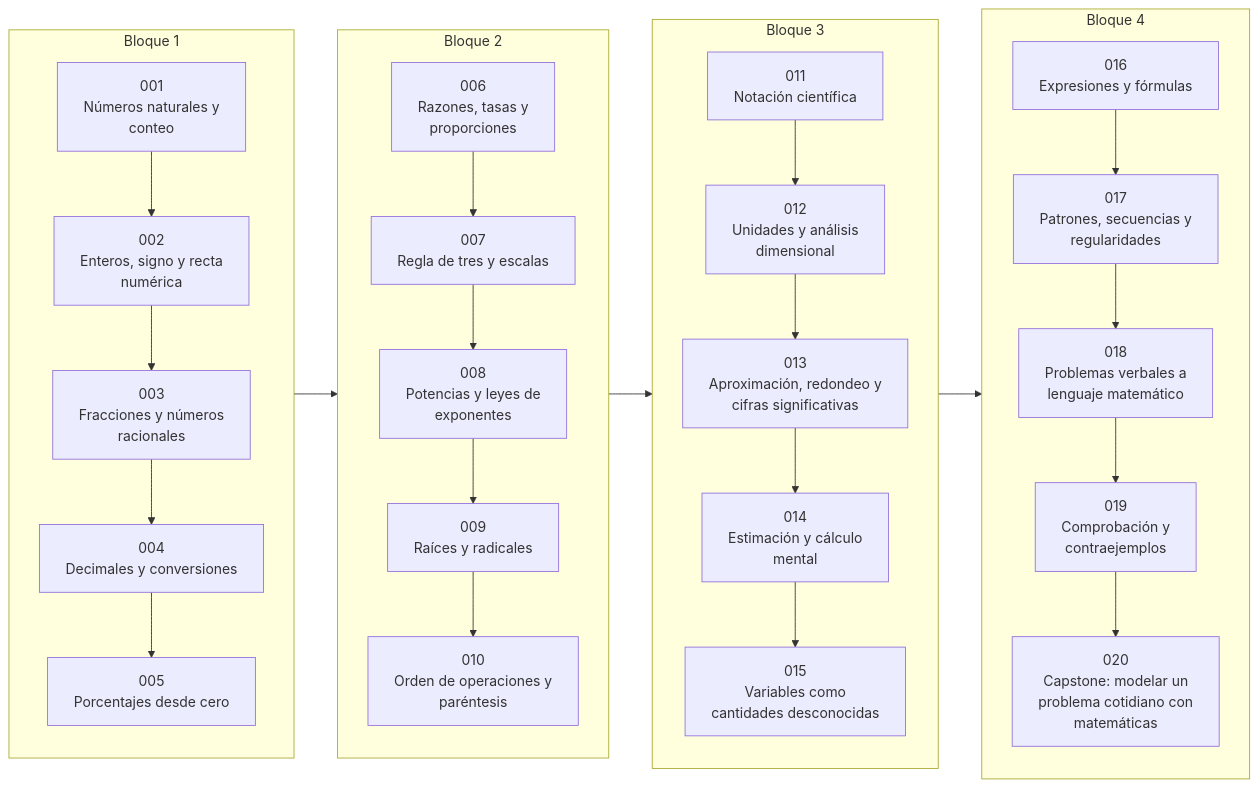
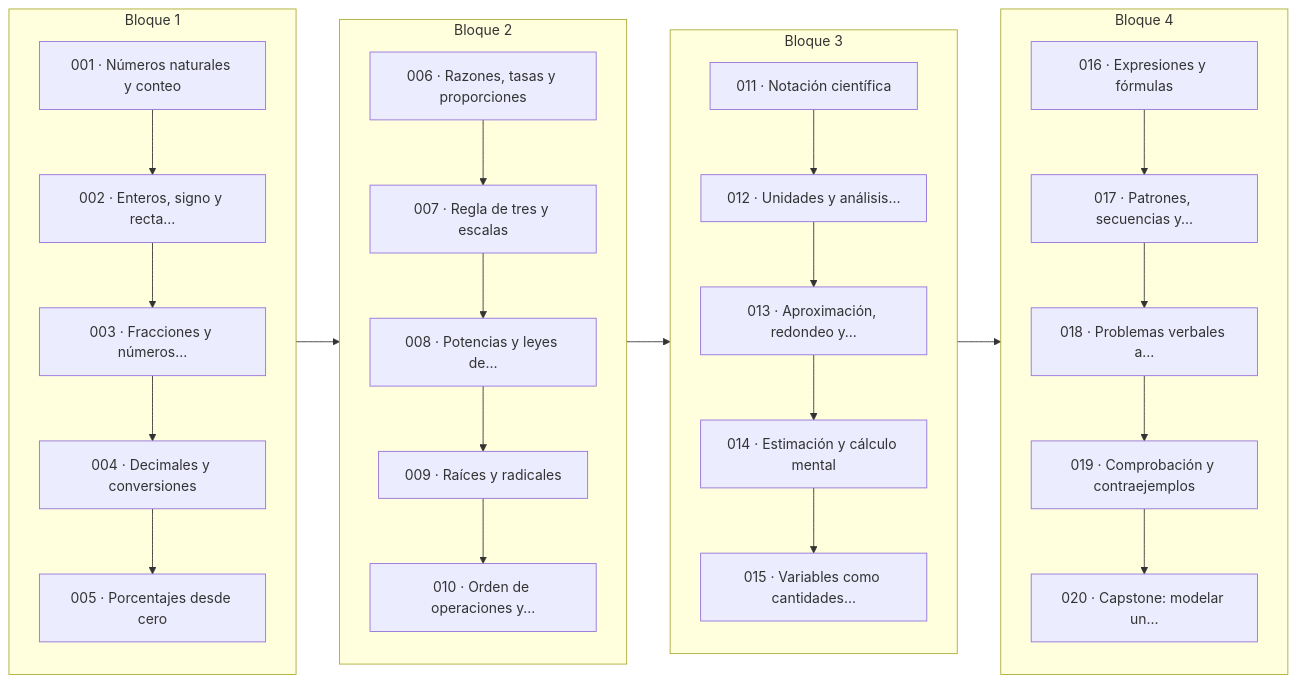
One commit to vladimiracunadev-create/computational-mathematics-program changed the second of 2 diagrams in classes/part-00-pensamiento-matematico-desde-cero/README.md. Above: the diagram before and after it, drawn with Mermaid. The commit also changed other lines of this file and 389 other files, not shown here.

First line of the commit message:
fix(diagramas): elimina el HTML de las etiquetas Mermaid

````diff
--- a/classes/part-00-pensamiento-matematico-desde-cero/README.md
+++ b/classes/part-00-pensamiento-matematico-desde-cero/README.md
@@ -86,54 +86,54 @@
 ```mermaid
 flowchart LR
     subgraph B1["Bloque 1"]
         direction TB
-        L001["001<br/>Números naturales y<br/>conteo"]
-        L002["002<br/>Enteros, signo y recta<br/>numérica"]
-        L003["003<br/>Fracciones y números<br/>racionales"]
-        L004["004<br/>Decimales y conversiones"]
-        L005["005<br/>Porcentajes desde cero"]
+        L001["001 · Números naturales y conteo"]
+        L002["002 · Enteros, signo y recta…"]
+        L003["003 · Fracciones y números…"]
+        L004["004 · Decimales y conversiones"]
+        L005["005 · Porcentajes desde cero"]
         L001 --> L002
         L002 --> L003
         L003 --> L004
         L004 --> L005
     end
     subgraph B2["Bloque 2"]
         direction TB
-        L006["006<br/>Razones, tasas y<br/>proporciones"]
-        L007["007<br/>Regla de tres y escalas"]
-        L008["008<br/>Potencias y leyes de<br/>exponentes"]
-        L009["009<br/>Raíces y radicales"]
-        L010["010<br/>Orden de operaciones y<br/>paréntesis"]
+        L006["006 · Razones, tasas y proporciones"]
+        L007["007 · Regla de tres y escalas"]
+        L008["008 · Potencias y leyes de…"]
+        L009["009 · Raíces y radicales"]
+        L010["010 · Orden de operaciones y…"]
         L006 --> L007
         L007 --> L008
         L008 --> L009
         L009 --> L010
     end
     subgraph B3["Bloque 3"]
         direction TB
-        L011["011<br/>Notación científica"]
-        L012["012<br/>Unidades y análisis<br/>dimensional"]
-        L013["013<br/>Aproximación, redondeo y<br/>cifras significativas"]
-        L014["014<br/>Estimación y cálculo<br/>mental"]
-        L015["015<br/>Variables como<br/>cantidades desconocidas"]
+        L011["011 · Notación científica"]
+        L012["012 · Unidades y análisis…"]
+        L013["013 · Aproximación, redondeo y…"]
+        L014["014 · Estimación y cálculo mental"]
+        L015["015 · Variables como cantidades…"]
         L011 --> L012
         L012 --> L013
         L013 --> L014
         L014 --> L015
     end
     subgraph B4["Bloque 4"]
         direction TB
-        L016["016<br/>Expresiones y fórmulas"]
-        L017["017<br/>Patrones, secuencias y<br/>regularidades"]
-        L018["018<br/>Problemas verbales a<br/>lenguaje matemático"]
-        L019["019<br/>Comprobación y<br/>contraejemplos"]
-        L020["020<br/>Capstone: modelar un<br/>problema cotidiano con<br/>matemáticas"]
+        L016["016 · Expresiones y fórmulas"]
+        L017["017 · Patrones, secuencias y…"]
+        L018["018 · Problemas verbales a…"]
+        L019["019 · Comprobación y contraejemplos"]
+        L020["020 · Capstone: modelar un…"]
         L016 --> L017
         L017 --> L018
         L018 --> L019
         L019 --> L020
     end
     L005 --> L006
     L010 --> L011
     L015 --> L016
 ```
````
